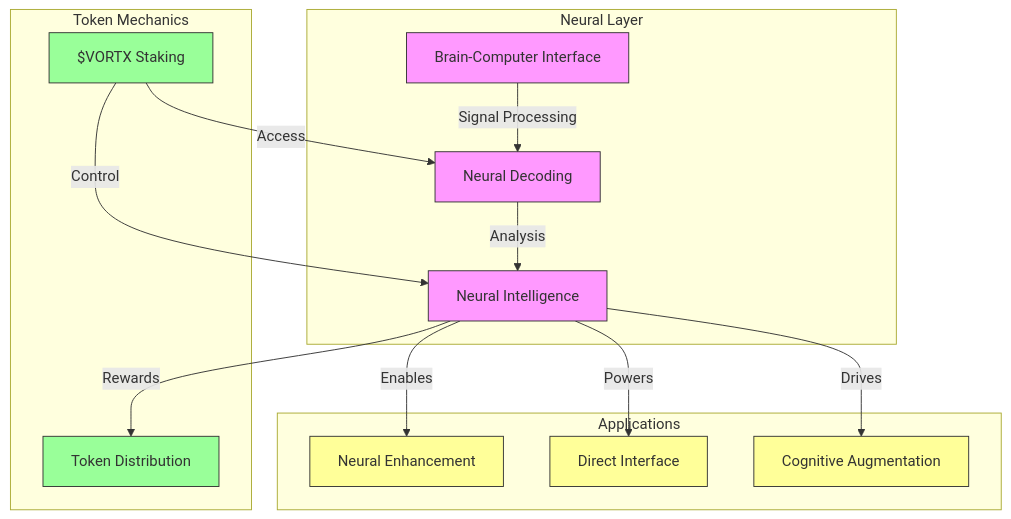
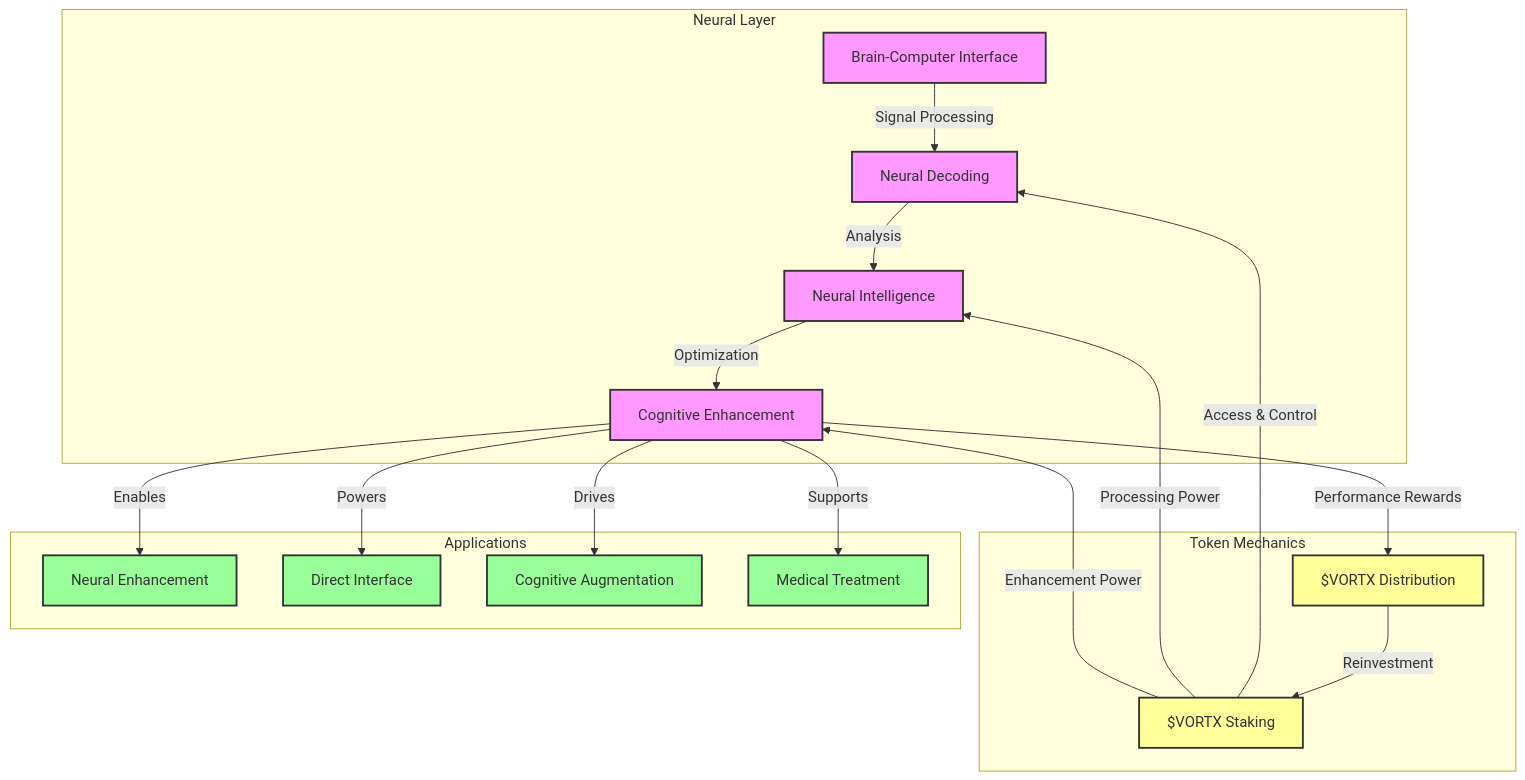
Before and after one commit to Vortx-AI/synthetic-satellite: the third of 4 diagrams in docs/whitepapers/emerging-tech.md, drawn with Mermaid. The commit also changed other lines of this file and 2 other files, not shown here.

````diff
--- a/docs/whitepapers/emerging-tech.md
+++ b/docs/whitepapers/emerging-tech.md
@@ -67,27 +75,31 @@
 ```mermaid
 graph TD
     subgraph Neural Layer
         B1[Brain-Computer Interface] -->|Signal Processing| B2[Neural Decoding]
         B2 -->|Analysis| B3[Neural Intelligence]
+        B3 -->|Optimization| B4[Cognitive Enhancement]
     end
     
     subgraph Token Mechanics
-        T1[$VORTX Staking] -->|Access| B2
-        T1 -->|Control| B3
-        B3 -->|Rewards| T2[Token Distribution]
+        T1[$VORTX Staking] -->|Access & Control| B2
+        T1 -->|Processing Power| B3
+        T1 -->|Enhancement Power| B4
+        B4 -->|Performance Rewards| T2[$VORTX Distribution]
+        T2 -->|Reinvestment| T1
     end
     
     subgraph Applications
-        B3 -->|Enables| A1[Neural Enhancement]
-        B3 -->|Powers| A2[Direct Interface]
-        B3 -->|Drives| A3[Cognitive Augmentation]
+        B4 -->|Enables| A1[Neural Enhancement]
+        B4 -->|Powers| A2[Direct Interface]
+        B4 -->|Drives| A3[Cognitive Augmentation]
+        B4 -->|Supports| A4[Medical Treatment]
     end
     
-    classDef neural fill:#f9f,stroke:#333
-    classDef token fill:#9f9,stroke:#333
-    classDef app fill:#ff9,stroke:#333
+    classDef neural fill:#f9f,stroke:#333,stroke-width:2px
+    classDef token fill:#ff9,stroke:#333,stroke-width:2px
+    classDef app fill:#9f9,stroke:#333,stroke-width:2px
     
-    class B1,B2,B3 neural
+    class B1,B2,B3,B4 neural
     class T1,T2 token
-    class A1,A2,A3 app
+    class A1,A2,A3,A4 app
 ```
````
